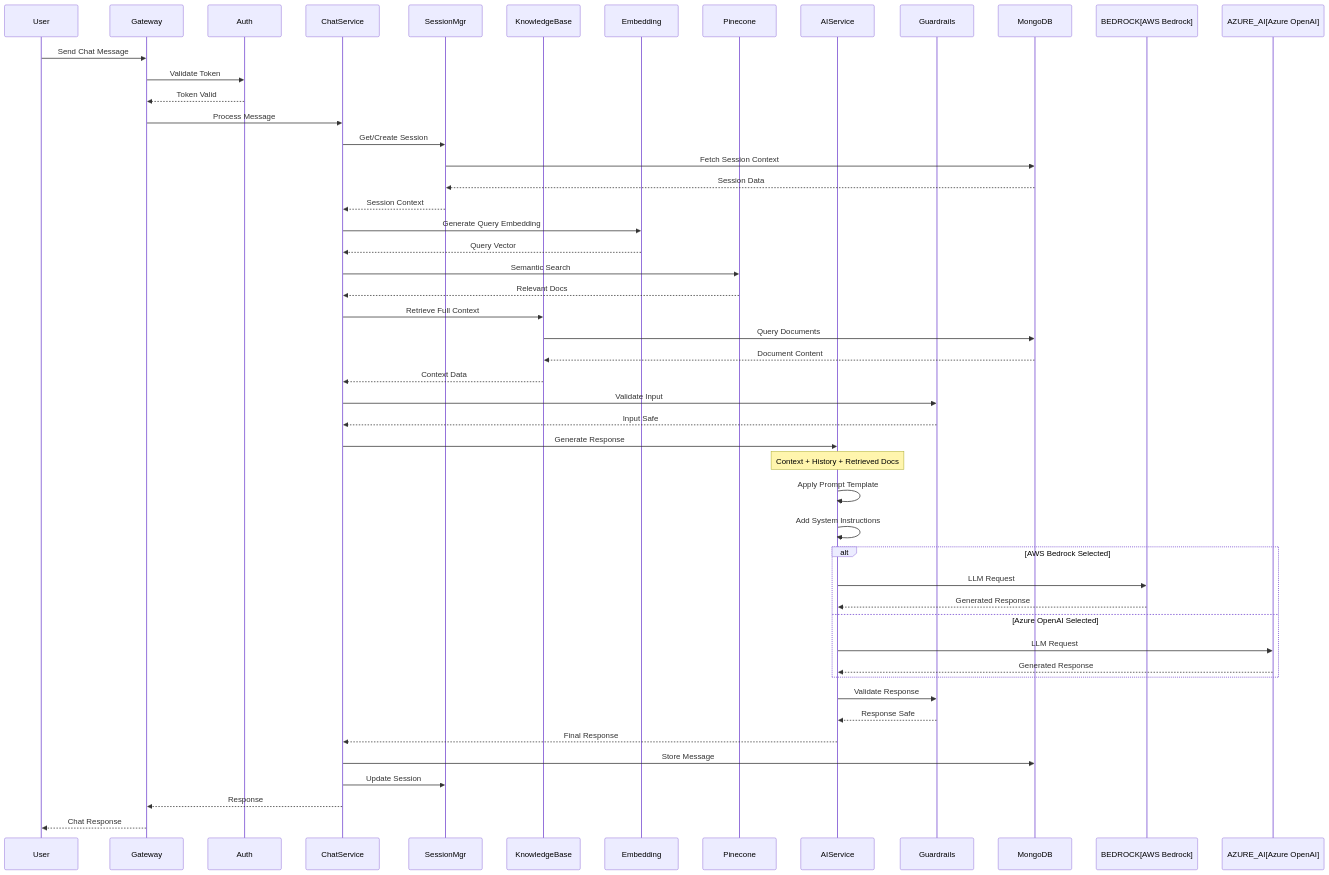
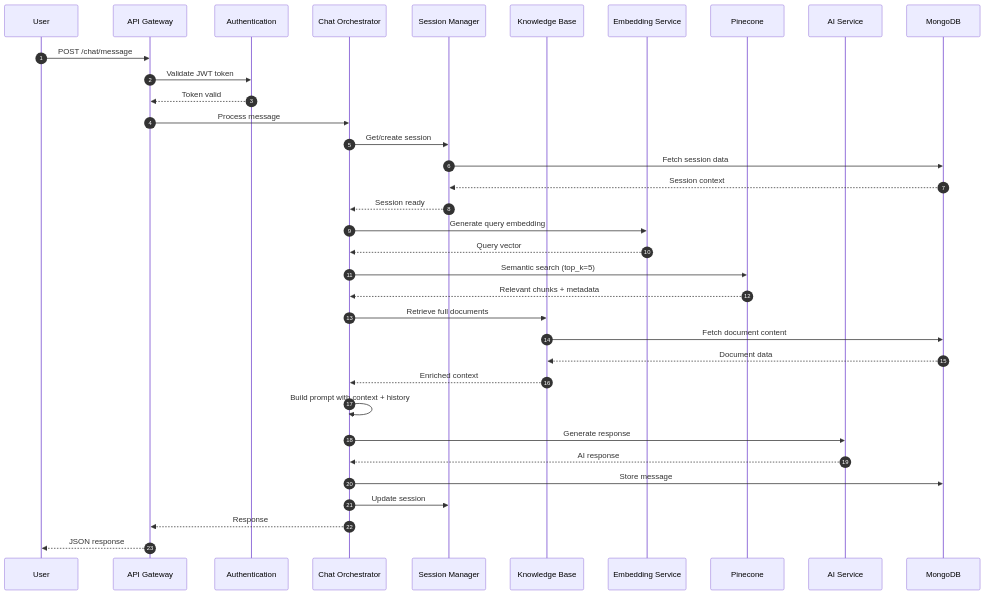
One commit to centricity-ai/doc-ai-cx-assist changed the fourth of 10 diagrams in index.md. Above: the diagram before and after it, drawn with Mermaid. The commit also changed other lines of this file and 8 other files, not shown here.

First line of the commit message:
docs: implement clean technical architecture documentation with C4 model diagrams

````diff
--- a/index.md
+++ b/index.md
@@ -182,63 +175,45 @@
 ```mermaid
 sequenceDiagram
+    autonumber
     participant User
-    participant Gateway
-    participant Auth
-    participant ChatService
-    participant SessionMgr
-    participant KnowledgeBase
-    participant Embedding
-    participant Pinecone
-    participant AIService
-    participant Guardrails
-    participant MongoDB
-    
-    User->>Gateway: Send Chat Message
-    Gateway->>Auth: Validate Token
-    Auth-->>Gateway: Token Valid
-    
-    Gateway->>ChatService: Process Message
-    ChatService->>SessionMgr: Get/Create Session
-    SessionMgr->>MongoDB: Fetch Session Context
-    MongoDB-->>SessionMgr: Session Data
-    SessionMgr-->>ChatService: Session Context
-    
-    ChatService->>Embedding: Generate Query Embedding
-    Embedding-->>ChatService: Query Vector
-    
-    ChatService->>Pinecone: Semantic Search
-    Pinecone-->>ChatService: Relevant Docs
-    
-    ChatService->>KnowledgeBase: Retrieve Full Context
-    KnowledgeBase->>MongoDB: Query Documents
-    MongoDB-->>KnowledgeBase: Document Content
-    KnowledgeBase-->>ChatService: Context Data
-    
-    ChatService->>Guardrails: Validate Input
-    Guardrails-->>ChatService: Input Safe
-    
-    ChatService->>AIService: Generate Response
-    Note over AIService: Context + History + Retrieved Docs
-    
-    AIService->>AIService: Apply Prompt Template
-    AIService->>AIService: Add System Instructions
-    
-    alt AWS Bedrock Selected
-        AIService->>BEDROCK[AWS Bedrock]: LLM Request
-        BEDROCK[AWS Bedrock]-->>AIService: Generated Response
-    else Azure OpenAI Selected
-        AIService->>AZURE_AI[Azure OpenAI]: LLM Request
-        AZURE_AI[Azure OpenAI]-->>AIService: Generated Response
-    end
-    
-    AIService->>Guardrails: Validate Response
-    Guardrails-->>AIService: Response Safe
-    
-    AIService-->>ChatService: Final Response
-    
-    ChatService->>MongoDB: Store Message
-    ChatService->>SessionMgr: Update Session
-    
-    ChatService-->>Gateway: Response
-    Gateway-->>User: Chat Response
+    participant API as API Gateway
+    participant Auth as Authentication
+    participant Chat as Chat Orchestrator
+    participant Session as Session Manager
+    participant KB as Knowledge Base
+    participant Embed as Embedding Service
+    participant Vector as Pinecone
+    participant LLM as AI Service
+    participant DB as MongoDB
+
+    User->>API: POST /chat/message
+    API->>Auth: Validate JWT token
+    Auth-->>API: Token valid
+
+    API->>Chat: Process message
+    Chat->>Session: Get/create session
+    Session->>DB: Fetch session data
+    DB-->>Session: Session context
+    Session-->>Chat: Session ready
+
+    Chat->>Embed: Generate query embedding
+    Embed-->>Chat: Query vector
+
+    Chat->>Vector: Semantic search (top_k=5)
+    Vector-->>Chat: Relevant chunks + metadata
+
+    Chat->>KB: Retrieve full documents
+    KB->>DB: Fetch document content
+    DB-->>KB: Document data
+    KB-->>Chat: Enriched context
+
+    Chat->>Chat: Build prompt with context + history
+    Chat->>LLM: Generate response
+    LLM-->>Chat: AI response
+
+    Chat->>DB: Store message
+    Chat->>Session: Update session
+
+    Chat-->>API: Response
+    API-->>User: JSON response
 ```
````
